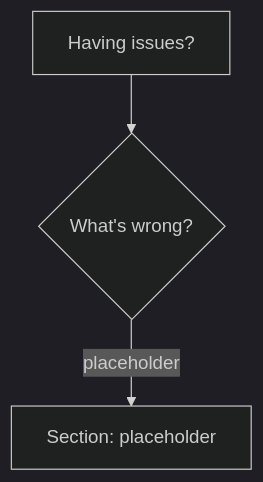
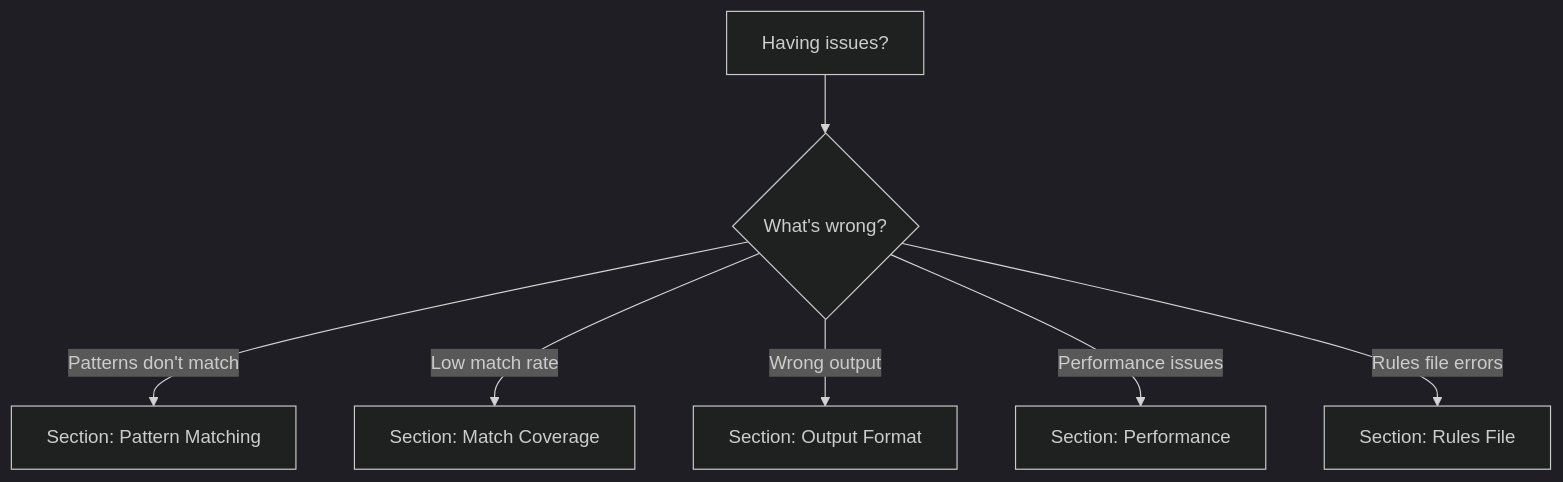
The diagram in docs/guides/troubleshooting.md (JeffreyUrban/patterndb-yaml), drawn with Mermaid (dark theme) before and after one commit. The commit also changed other lines of this file, not shown here.

````diff
--- a/docs/guides/troubleshooting.md
+++ b/docs/guides/troubleshooting.md
@@ -9,6 +9,10 @@
 ```mermaid
 graph TD
     A[Having issues?] --> B{What's wrong?}
 
-    B -->|placeholder| C[Section: placeholder]
+    B -->|Patterns don't match| C[Section: Pattern Matching]
+    B -->|Low match rate| D[Section: Match Coverage]
+    B -->|Wrong output| E[Section: Output Format]
+    B -->|Performance issues| F[Section: Performance]
+    B -->|Rules file errors| G[Section: Rules File]
 ```
````
